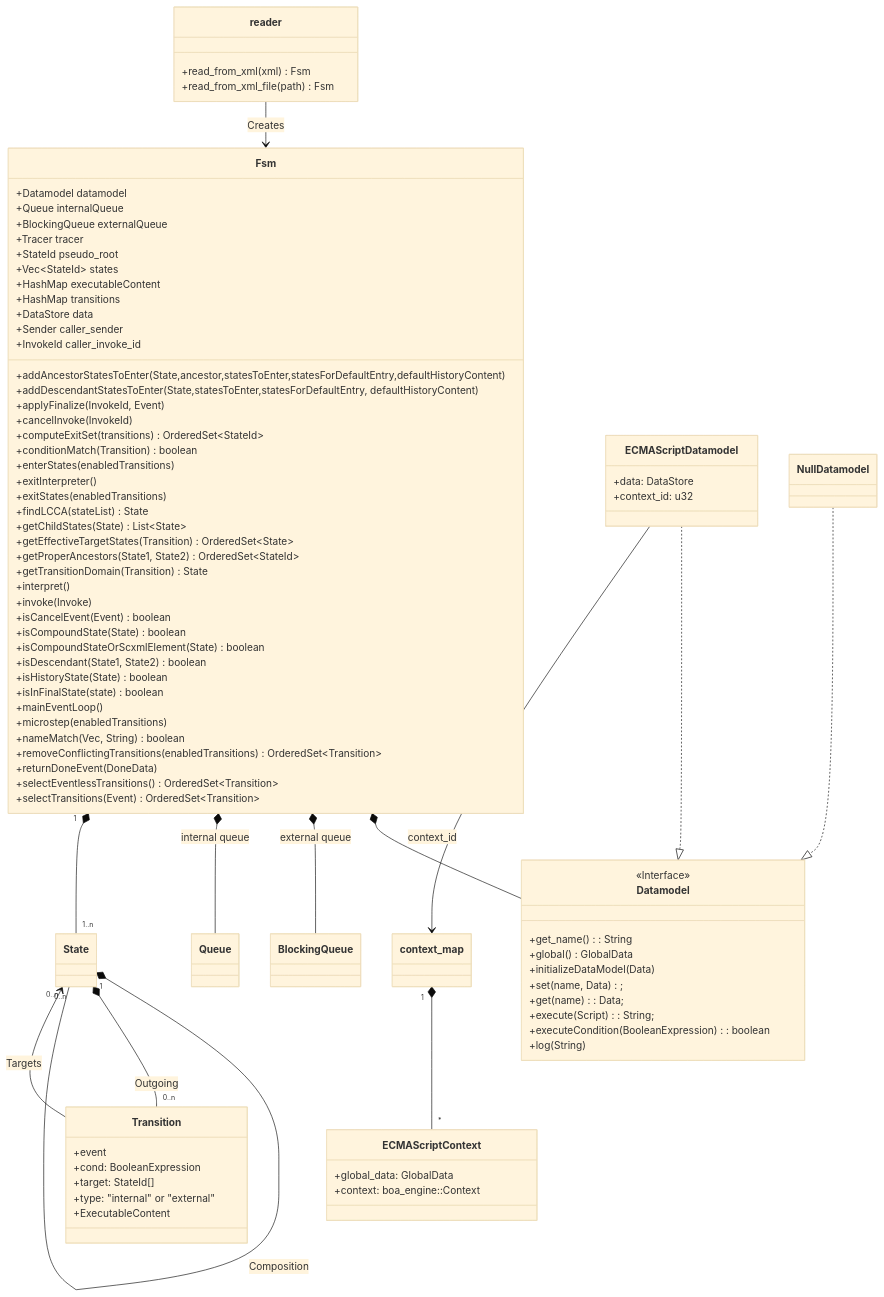
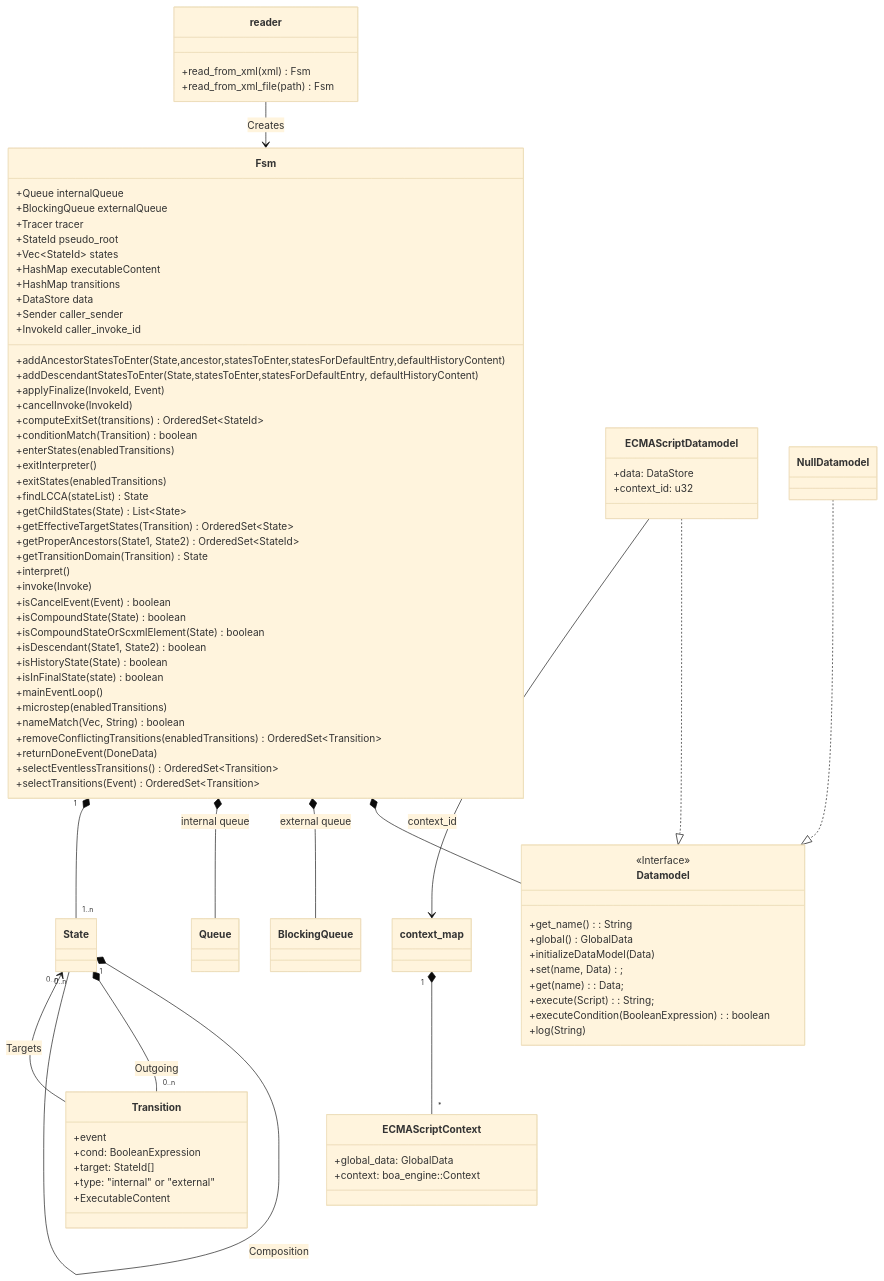
One commit to BWeng20/ruFSM changed the second of 2 diagrams in README.md. Above: the diagram before and after it, drawn with Mermaid (base theme). The commit also changed other lines of this file, not shown here.

```diff
--- a/README.md
+++ b/README.md
@@ -63,7 +63,6 @@
     Fsm *-- Queue: internal queue
 
     class Fsm{
-      +Datamodel datamodel
       +Queue internalQueue
       +BlockingQueue externalQueue
       +Tracer tracer
```
